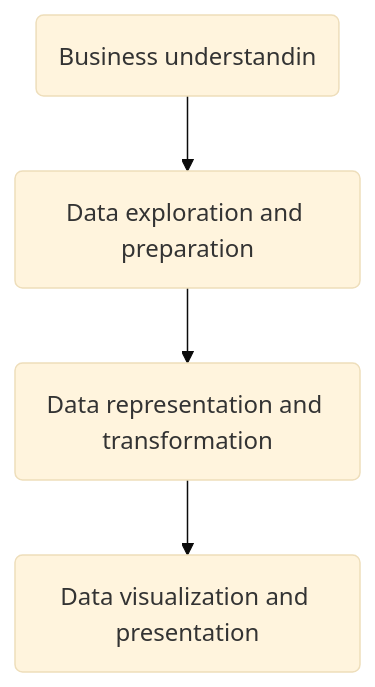
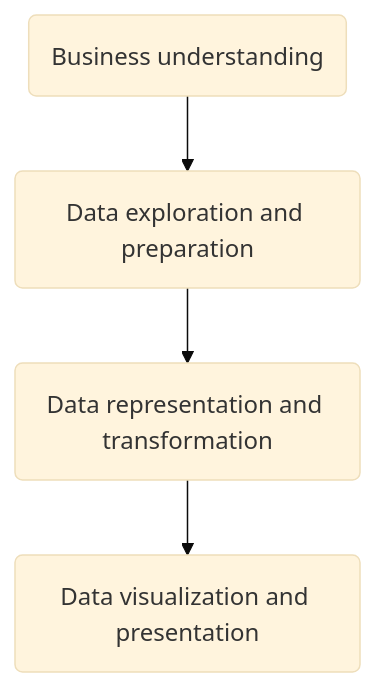
Before and after one commit to masumesani/Interactive-Dashboard-Using-Power-BI: the diagram in README.md, drawn with Mermaid (base theme). The commit also changed other lines of this file, not shown here.

````diff
--- a/README.md
+++ b/README.md
@@ -211,6 +211,6 @@
 ```mermaid
 graph TD;
-    id1(Business understandin)-->id2(Data exploration and preparation);
+    id1(Business understanding)-->id2(Data exploration and preparation);
     id2-->id3(Data representation and transformation);
     id3-->id4(Data visualization and presentation);
 ```
````
